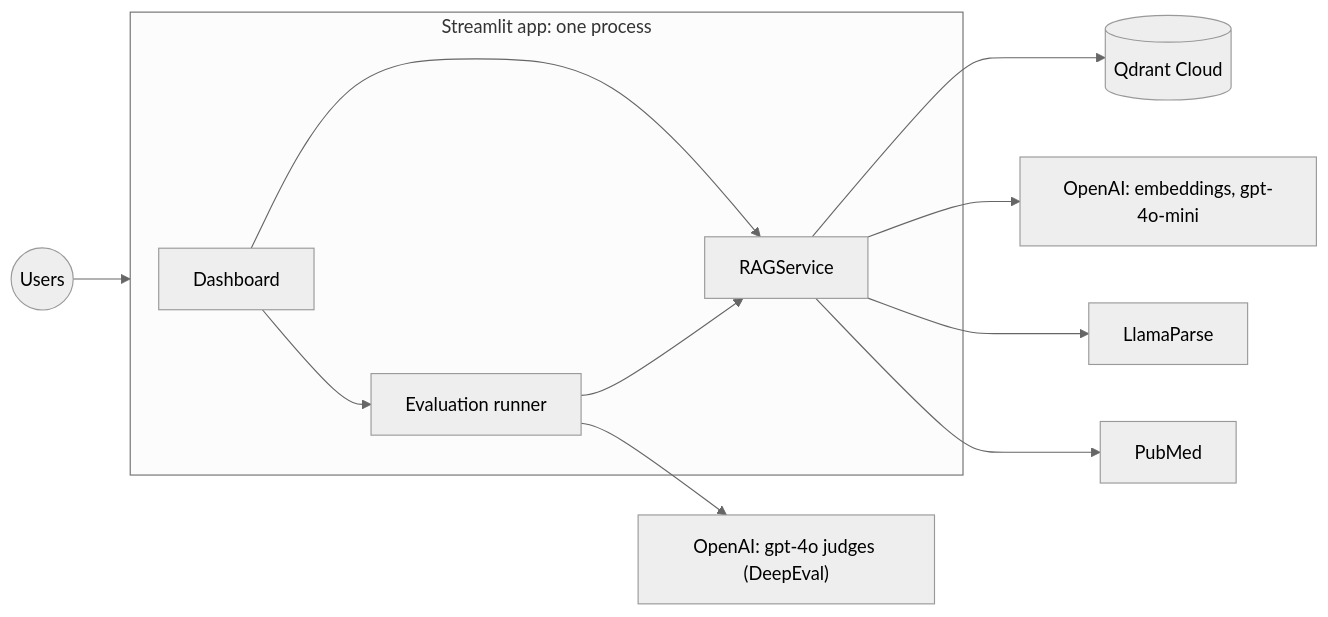
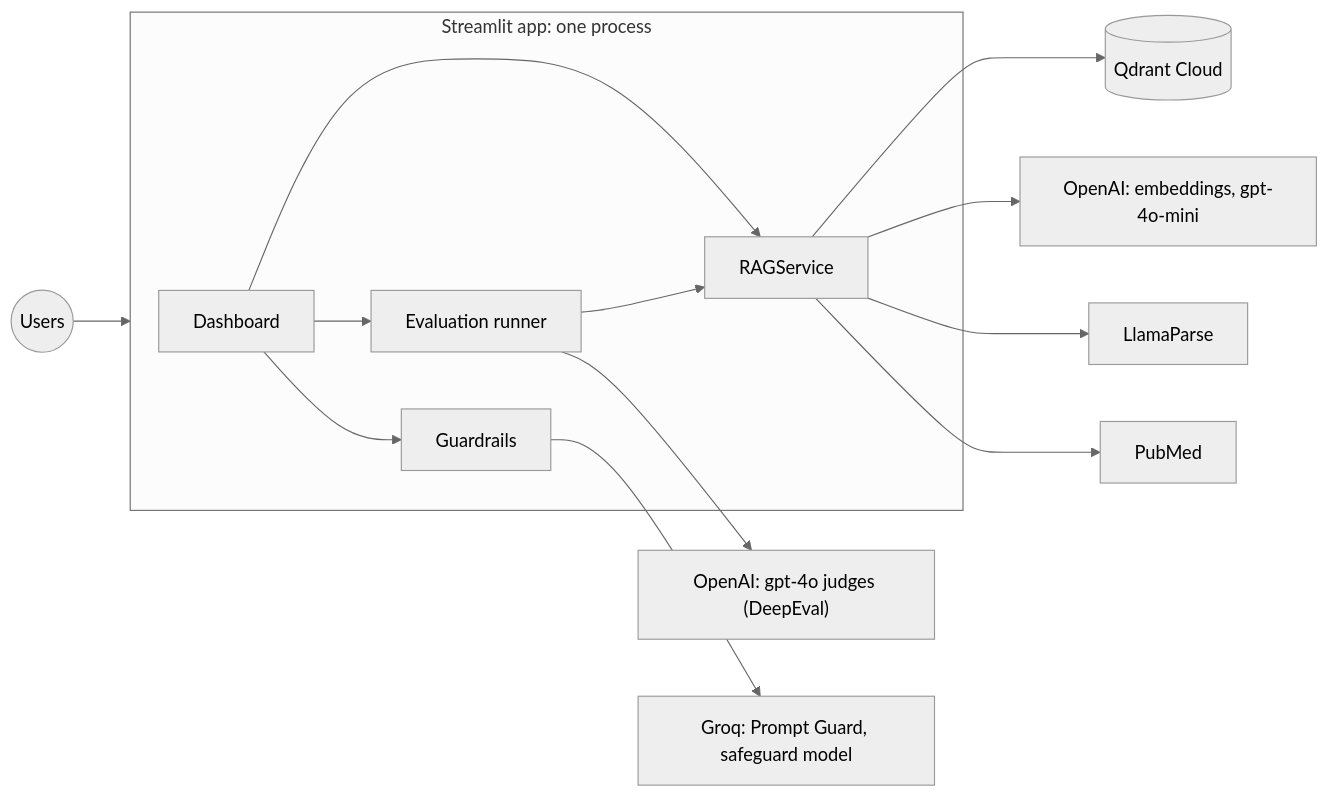
One commit to abhishek-tiwari-nitrr/PulseRAG changed the first of 6 diagrams in docs/HLD.md. Above: the diagram before and after it, drawn with Mermaid (neutral theme). The commit also changed other lines of this file and 14 other files, not shown here.

````diff
--- a/docs/HLD.md
+++ b/docs/HLD.md
@@ -13,14 +13,16 @@
 ```mermaid
 flowchart LR
     U(("Users")) --> ST
     subgraph ST["Streamlit app: one process"]
         UI["Dashboard"] --> SVC["RAGService"]
         UI --> EV["Evaluation runner"]
         EV --> SVC
+        UI --> GRD["Guardrails"]
     end
     SVC --> QC[("Qdrant Cloud")]
     SVC --> OAI["OpenAI: embeddings, gpt-4o-mini"]
     SVC --> LP["LlamaParse"]
     SVC --> PM["PubMed"]
     EV --> JDG["OpenAI: gpt-4o judges (DeepEval)"]
+    GRD --> GROQ["Groq: Prompt Guard, safeguard model"]
 ```
````
